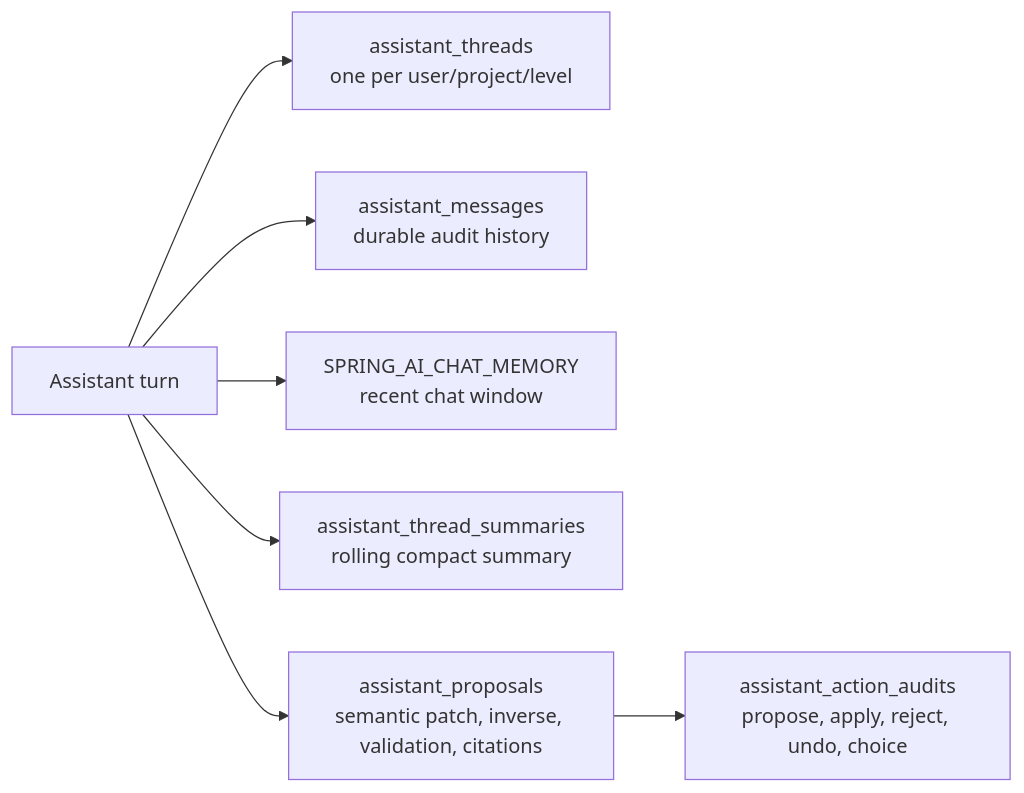
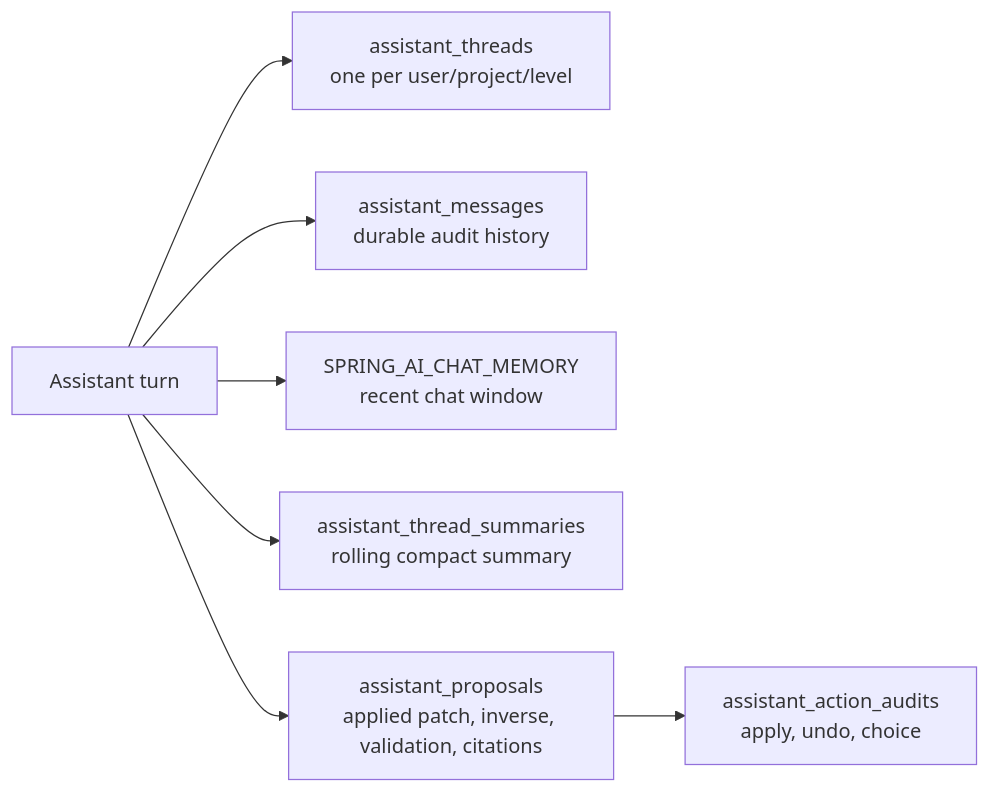
The fourth of 4 diagrams in docs/diagrams/16-ai-assistant-rag-and-memory.md (mehdieidi/modriss), drawn with Mermaid before and after one commit. The commit also changed other lines of this file and 50 other files, not shown here.

````diff
--- a/docs/diagrams/16-ai-assistant-rag-and-memory.md
+++ b/docs/diagrams/16-ai-assistant-rag-and-memory.md
@@ -80,17 +81,17 @@
 ```mermaid
 flowchart LR
     turn["Assistant turn"]
     thread["assistant_threads<br/>one per user/project/level"]
     messages["assistant_messages<br/>durable audit history"]
     spring["SPRING_AI_CHAT_MEMORY<br/>recent chat window"]
     summaries["assistant_thread_summaries<br/>rolling compact summary"]
-    proposals["assistant_proposals<br/>semantic patch, inverse, validation, citations"]
-    audits["assistant_action_audits<br/>propose, apply, reject, undo, choice"]
+    proposals["assistant_proposals<br/>applied patch, inverse, validation, citations"]
+    audits["assistant_action_audits<br/>apply, undo, choice"]
 
     turn --> thread
     turn --> messages
     turn --> spring
     turn --> summaries
     turn --> proposals
     proposals --> audits
 ```
````
